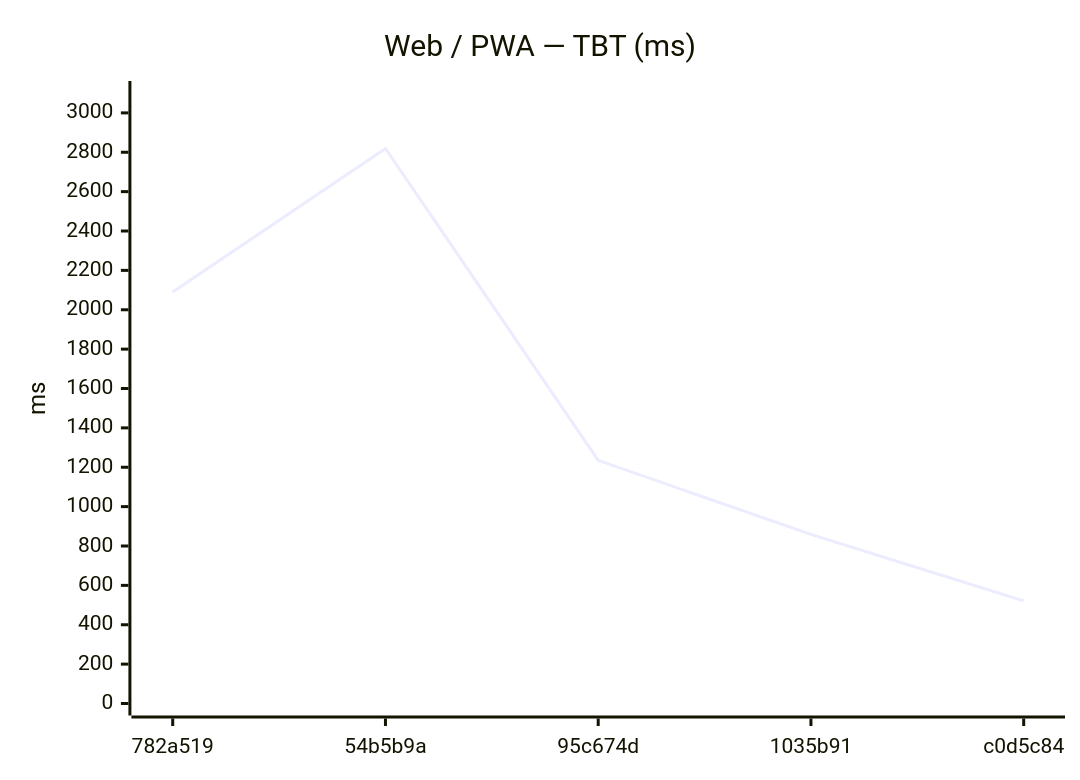
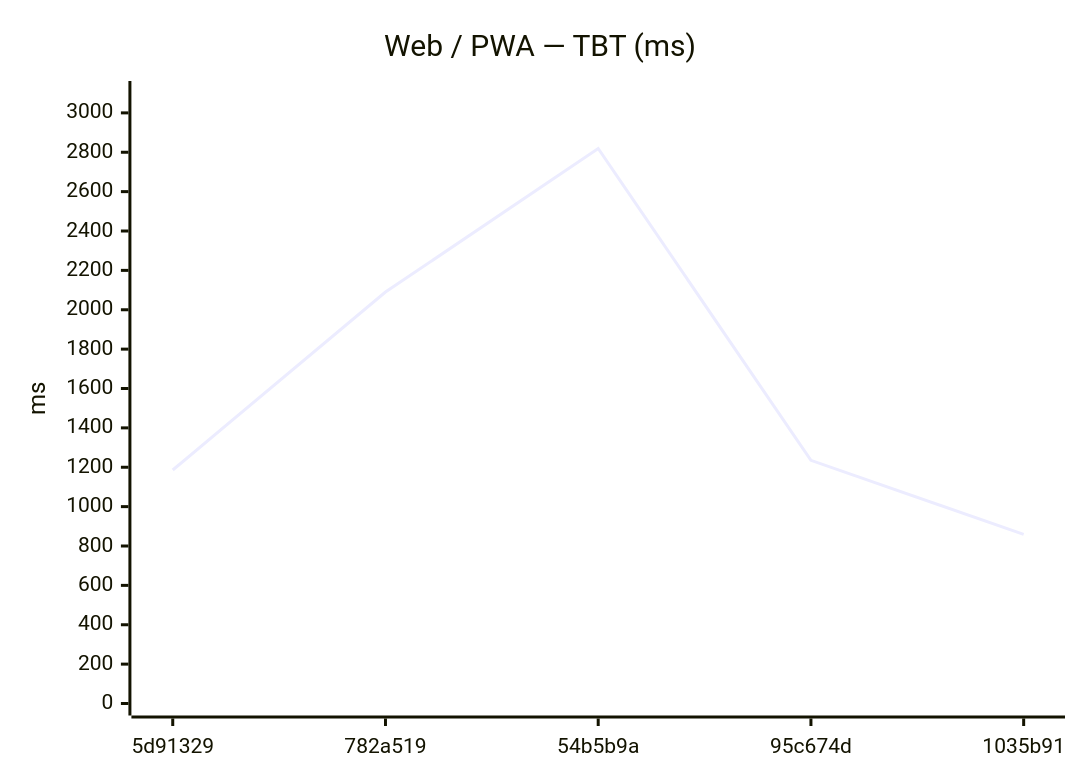
Before and after one commit to Metaheurist/Rianell: the eighth of 18 diagrams in benchmarks/compare.md, drawn with Mermaid. The commit also changed other lines of this file and 11 other files, not shown here.

````diff
--- a/benchmarks/compare.md
+++ b/benchmarks/compare.md
@@ -124,7 +124,7 @@
 ```mermaid
 xychart-beta
     title "Web / PWA — TBT (ms)"
-    x-axis ["782a519", "54b5b9a", "95c674d", "1035b91", "c0d5c84"]
+    x-axis ["5d91329", "782a519", "54b5b9a", "95c674d", "1035b91"]
     y-axis "ms" 0 --> 3101
-    line [2090, 2819, 1235, 859, 521]
+    line [1186, 2090, 2819, 1235, 859]
 ```
````
